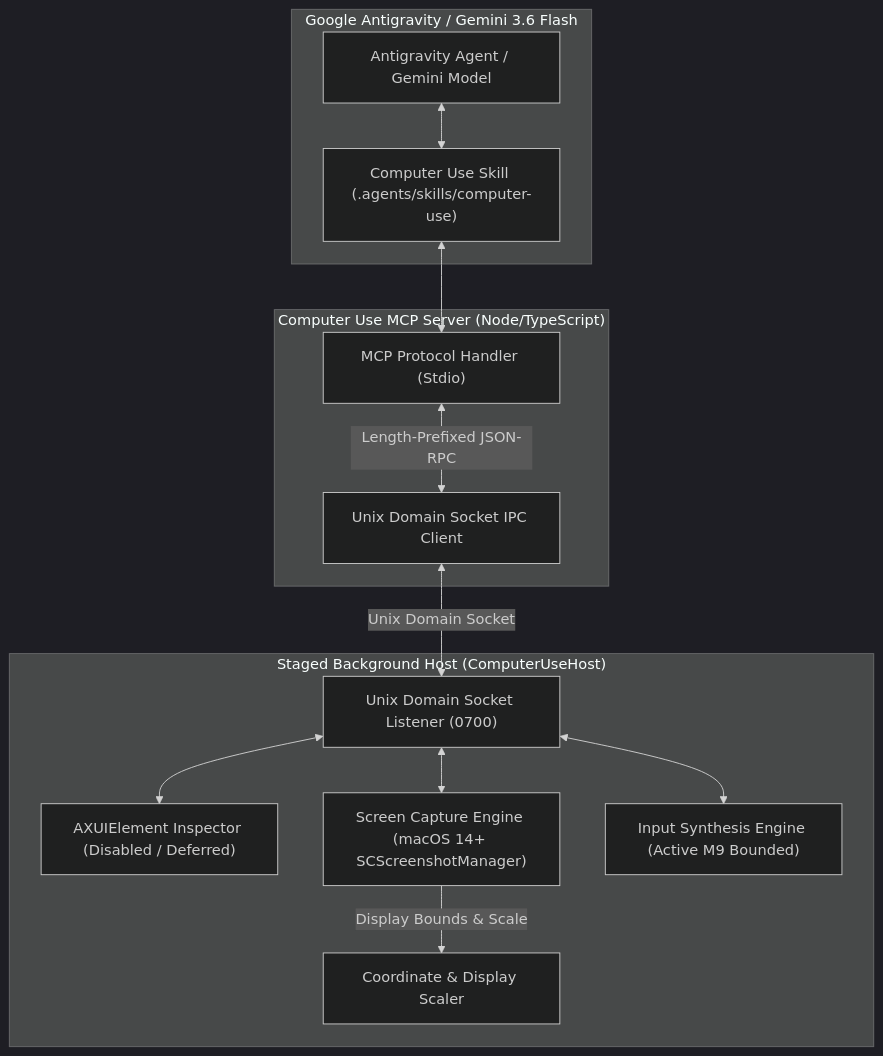
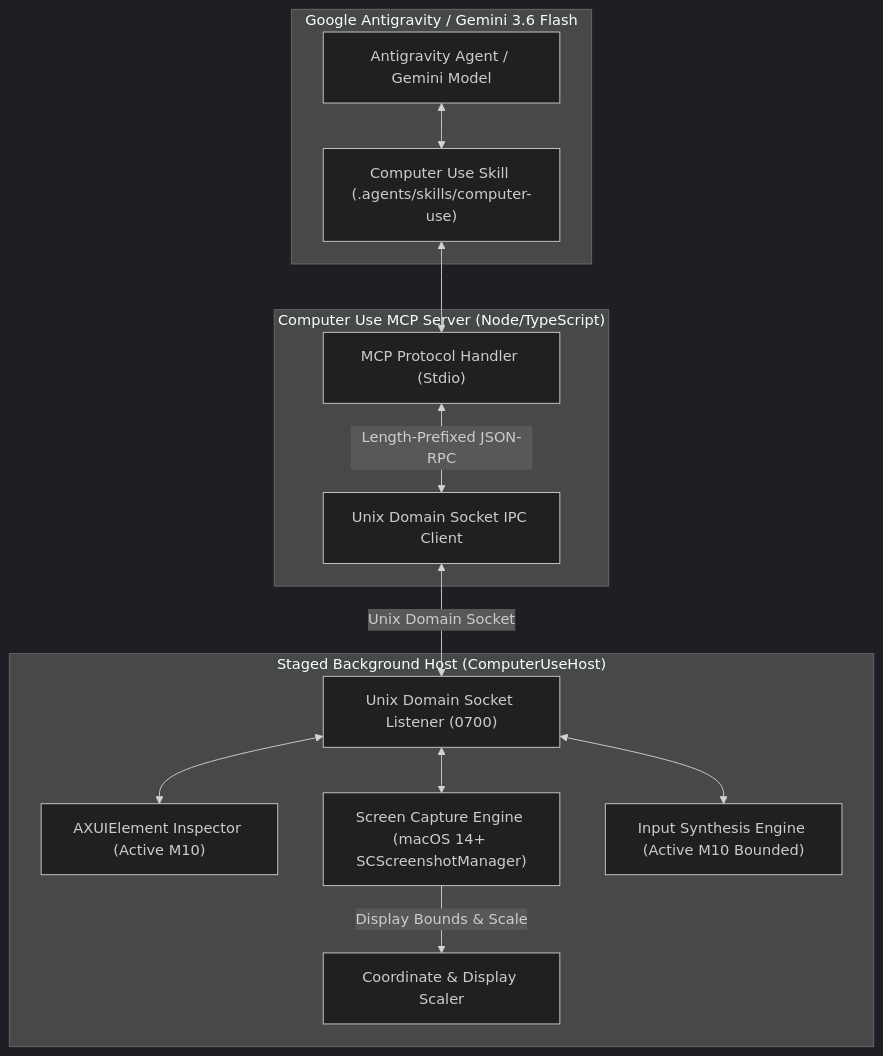
The diagram in README.md (saariuslystoned/agy-computer-use), drawn with Mermaid (dark theme) before and after one commit. The commit also changed other lines of this file and 5 other files, not shown here.

````diff
--- a/README.md
+++ b/README.md
@@ -22,29 +22,29 @@
 ```mermaid
 flowchart TD
     subgraph Antigravity ["Google Antigravity / Gemini 3.6 Flash"]
         Agent["Antigravity Agent / Gemini Model"]
         Skill["Computer Use Skill (.agents/skills/computer-use)"]
     end
 
     subgraph Server ["Computer Use MCP Server (Node/TypeScript)"]
         MCP["MCP Protocol Handler (Stdio)"]
         SocketClient["Unix Domain Socket IPC Client"]
     end
 
     subgraph Native ["Staged Background Host (ComputerUseHost)"]
         SocketServer["Unix Domain Socket Listener (0700)"]
-        AXEngine["AXUIElement Inspector (Disabled / Deferred)"]
+        AXEngine["AXUIElement Inspector (Active M10)"]
         CapEngine["Screen Capture Engine (macOS 14+ SCScreenshotManager)"]
-        InputEngine["Input Synthesis Engine (Active M9 Bounded)"]
+        InputEngine["Input Synthesis Engine (Active M10 Bounded)"]
         CoordMapper["Coordinate & Display Scaler"]
     end
 
     Agent <--> Skill
     Skill <--> MCP
     MCP <-->|Length-Prefixed JSON-RPC| SocketClient
     SocketClient <-->|Unix Domain Socket| SocketServer
     SocketServer <--> AXEngine
     SocketServer <--> CapEngine
     SocketServer <--> InputEngine
     CapEngine -->|Display Bounds & Scale| CoordMapper
 ```
````
